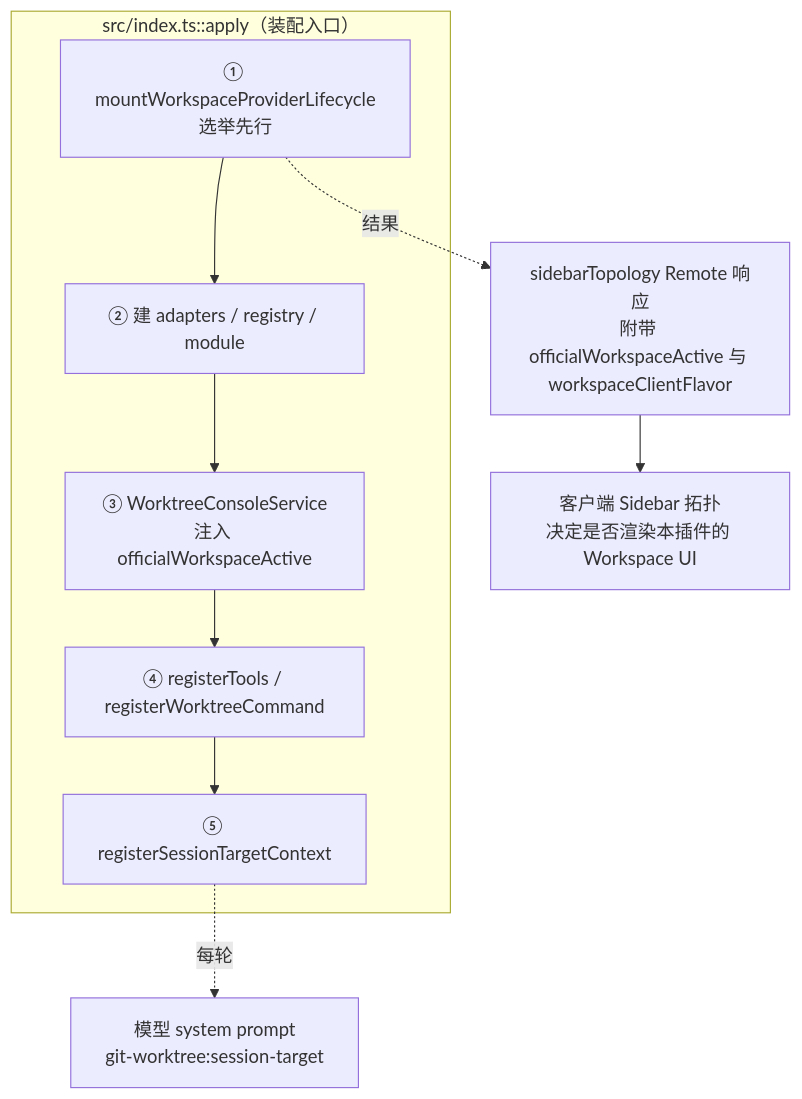
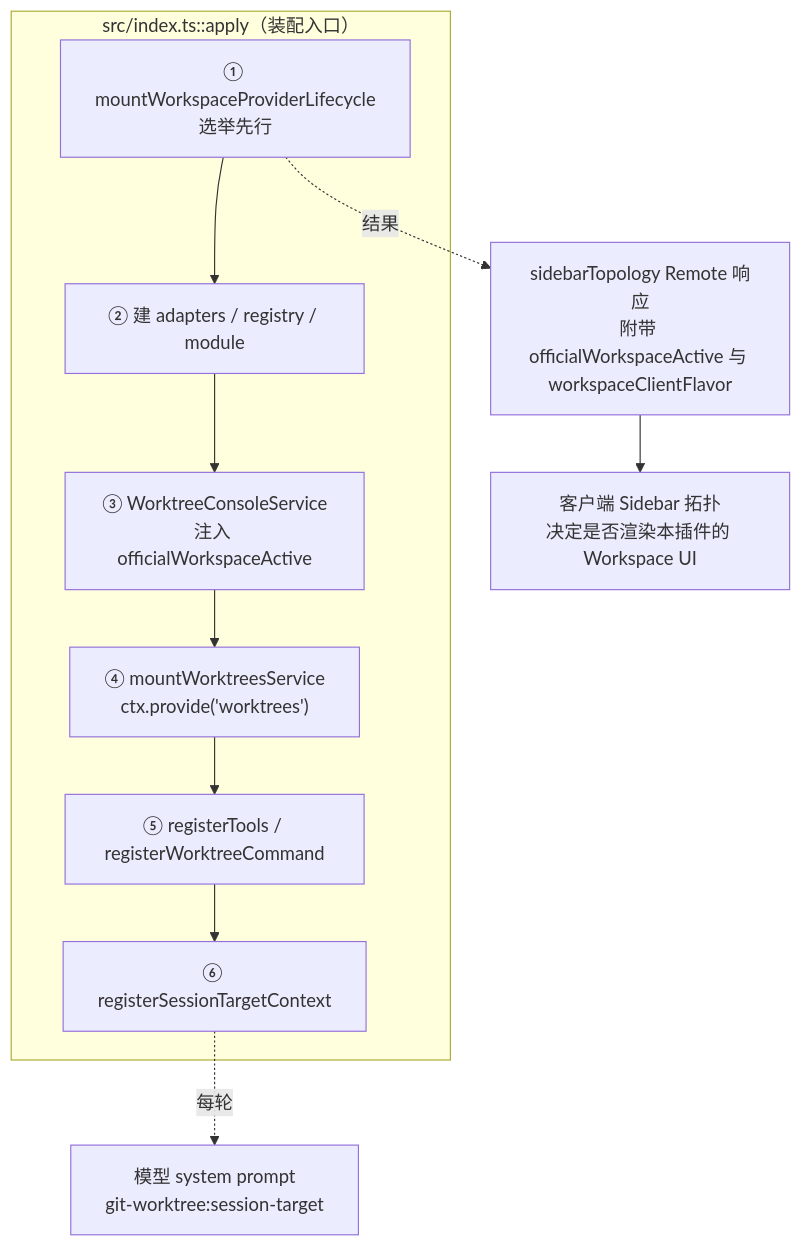
Before and after one commit to ikliml666/dsh-git-workspace: the seventh of 7 diagrams in .codewiki/_native-state/docs/core_worktree_domain_and_infrastructure/session_checkout_domain/session_checkout_runtime/workspace_provider_lifecycle.md, drawn with Mermaid. The commit also changed 60 other files, not shown here.

````diff
--- a/.codewiki/_native-state/docs/core_worktree_domain_and_infrastructure/session_checkout_domain/session_checkout_runtime/workspace_provider_lifecycle.md
+++ b/.codewiki/_native-state/docs/core_worktree_domain_and_infrastructure/session_checkout_domain/session_checkout_runtime/workspace_provider_lifecycle.md
@@ -201,16 +201,17 @@
 ```mermaid
 flowchart TB
     subgraph Index["src/index.ts::apply（装配入口）"]
         A1["① mountWorkspaceProviderLifecycle<br/>选举先行"]
         A2["② 建 adapters / registry / module"]
         A3["③ WorktreeConsoleService<br/>注入 officialWorkspaceActive"]
-        A4["④ registerTools / registerWorktreeCommand"]
-        A5["⑤ registerSessionTargetContext"]
+        A4["④ mountWorktreesService<br/>ctx.provide('worktrees')"]
+        A5["⑤ registerTools / registerWorktreeCommand"]
+        A6["⑥ registerSessionTargetContext"]
     end
 
-    A1 --> A2 --> A3 --> A4 --> A5
+    A1 --> A2 --> A3 --> A4 --> A5 --> A6
 
     A1 -.->|"结果"| Svc["sidebarTopology Remote 响应<br/>附带 officialWorkspaceActive 与 workspaceClientFlavor"]
-    A5 -.->|"每轮"| Prompt["模型 system prompt<br/>git-worktree:session-target"]
+    A6 -.->|"每轮"| Prompt["模型 system prompt<br/>git-worktree:session-target"]
     Svc --> Client["客户端 Sidebar 拓扑<br/>决定是否渲染本插件的 Workspace UI"]
 ```
````
